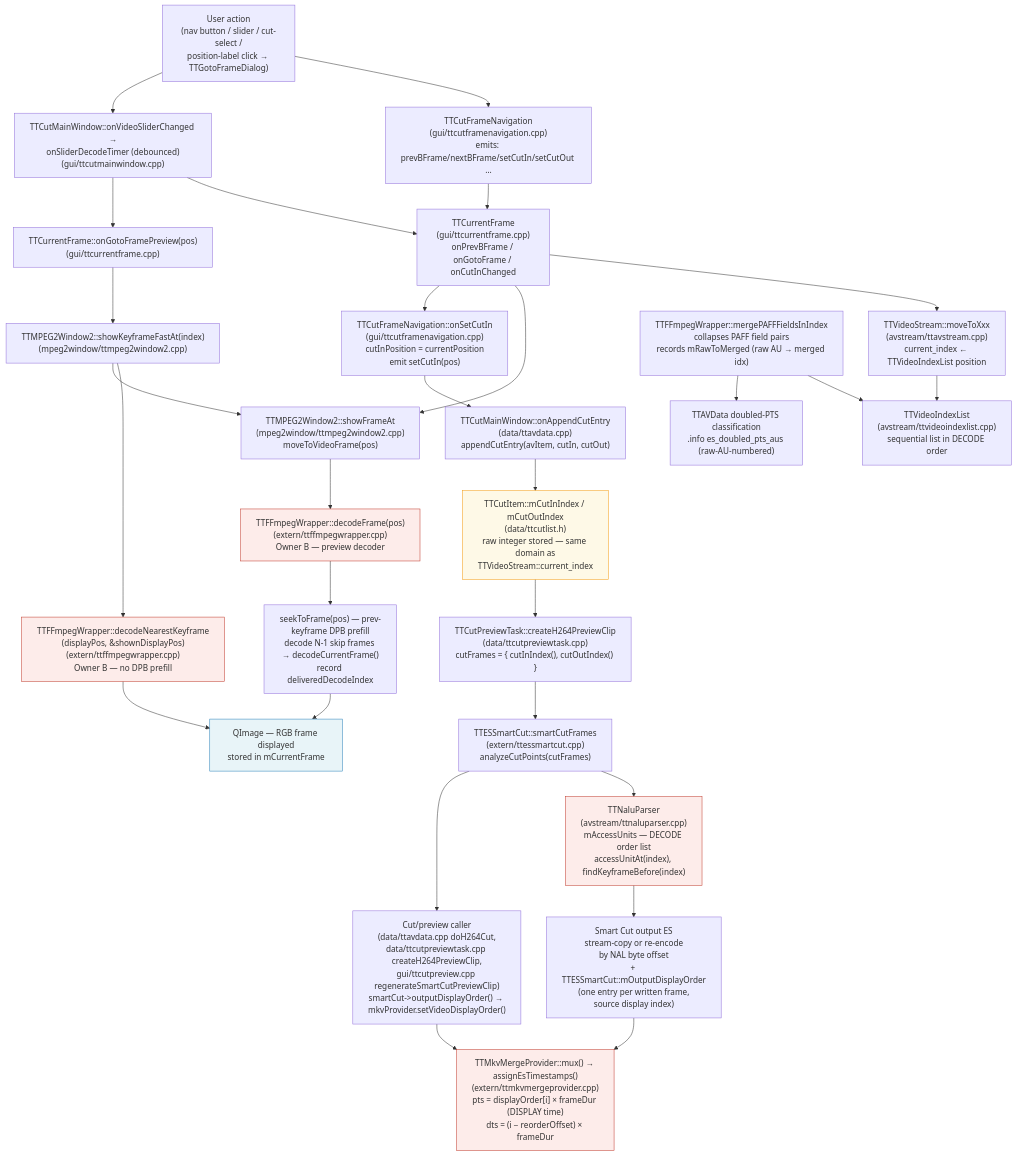
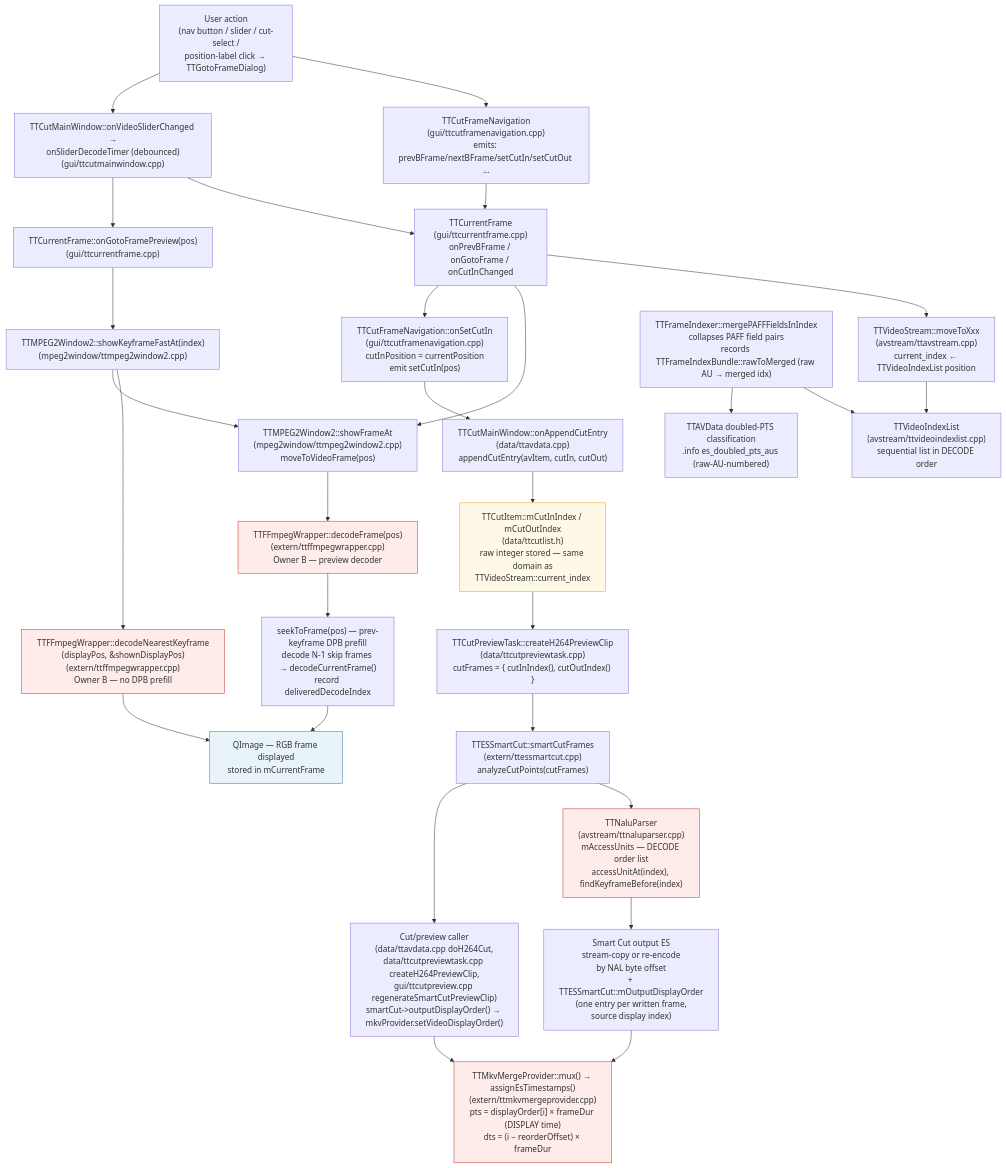
The diagram in docs/code-map/frame-order.md (MINIXJR/TTCut-ng), drawn with Mermaid before and after one commit. The commit also changed other lines of this file and 16 other files, not shown here.

````diff
--- a/docs/code-map/frame-order.md
+++ b/docs/code-map/frame-order.md
@@ -49,51 +50,51 @@
 ```mermaid
 flowchart TD
     A["User action<br/>(nav button / slider / cut-select /<br/>position-label click → TTGotoFrameDialog)"]
     B["TTCutFrameNavigation<br/>(gui/ttcutframenavigation.cpp)<br/>emits: prevBFrame/nextBFrame/setCutIn/setCutOut …"]
     C["TTCurrentFrame<br/>(gui/ttcurrentframe.cpp)<br/>onPrevBFrame / onGotoFrame / onCutInChanged"]
     D["TTVideoStream::moveToXxx<br/>(avstream/ttavstream.cpp)<br/>current_index ← TTVideoIndexList position"]
     E["TTVideoIndexList<br/>(avstream/ttvideoindexlist.cpp)<br/>sequential list in DECODE order"]
     F["TTMPEG2Window2::showFrameAt<br/>(mpeg2window/ttmpeg2window2.cpp)<br/>moveToVideoFrame(pos)"]
     G["TTFFmpegWrapper::decodeFrame(pos)<br/>(extern/ttffmpegwrapper.cpp)<br/>Owner B — preview decoder"]
     H["seekToFrame(pos) — prev-keyframe DPB prefill<br/>decode N-1 skip frames → decodeCurrentFrame()<br/>record deliveredDecodeIndex"]
     I["QImage — RGB frame displayed<br/>stored in mCurrentFrame"]
     SL["TTCutMainWindow::onVideoSliderChanged →<br/>onSliderDecodeTimer (debounced)<br/>(gui/ttcutmainwindow.cpp)"]
     GP["TTCurrentFrame::onGotoFramePreview(pos)<br/>(gui/ttcurrentframe.cpp)"]
     KF["TTMPEG2Window2::showKeyframeFastAt(index)<br/>(mpeg2window/ttmpeg2window2.cpp)"]
     NK["TTFFmpegWrapper::decodeNearestKeyframe<br/>(displayPos, &amp;shownDisplayPos)<br/>(extern/ttffmpegwrapper.cpp)<br/>Owner B — no DPB prefill"]
     J["TTCutFrameNavigation::onSetCutIn<br/>(gui/ttcutframenavigation.cpp)<br/>cutInPosition = currentPosition<br/>emit setCutIn(pos)"]
     K["TTCutMainWindow::onAppendCutEntry<br/>(data/ttavdata.cpp)<br/>appendCutEntry(avItem, cutIn, cutOut)"]
     L["TTCutItem::mCutInIndex / mCutOutIndex<br/>(data/ttcutlist.h)<br/>raw integer stored — same domain as<br/>TTVideoStream::current_index"]
     M["TTCutPreviewTask::createH264PreviewClip<br/>(data/ttcutpreviewtask.cpp)<br/>cutFrames = { cutInIndex(), cutOutIndex() }"]
     N["TTESSmartCut::smartCutFrames<br/>(extern/ttessmartcut.cpp)<br/>analyzeCutPoints(cutFrames)"]
     O["TTNaluParser<br/>(avstream/ttnaluparser.cpp)<br/>mAccessUnits — DECODE order list<br/>accessUnitAt(index), findKeyframeBefore(index)"]
     P["Smart Cut output ES<br/>stream-copy or re-encode<br/>by NAL byte offset<br/>+ TTESSmartCut::mOutputDisplayOrder<br/>(one entry per written frame,<br/>source display index)"]
     Q["Cut/preview caller<br/>(data/ttavdata.cpp doH264Cut,<br/>data/ttcutpreviewtask.cpp createH264PreviewClip,<br/>gui/ttcutpreview.cpp regenerateSmartCutPreviewClip)<br/>smartCut->outputDisplayOrder() → mkvProvider.setVideoDisplayOrder()"]
     R["TTMkvMergeProvider::mux() → assignEsTimestamps()<br/>(extern/ttmkvmergeprovider.cpp)<br/>pts = displayOrder[i] × frameDur (DISPLAY time)<br/>dts = (i − reorderOffset) × frameDur"]
 
-    MRG["TTFFmpegWrapper::mergePAFFFieldsInIndex<br/>collapses PAFF field pairs<br/>records mRawToMerged (raw AU → merged idx)"]
+    MRG["TTFrameIndexer::mergePAFFFieldsInIndex<br/>collapses PAFF field pairs<br/>records TTFrameIndexBundle::rawToMerged (raw AU → merged idx)"]
     DPC["TTAVData doubled-PTS classification<br/>.info es_doubled_pts_aus (raw-AU-numbered)"]
 
     A --> B --> C
     C --> D --> E
     MRG --> E
     MRG --> DPC
     C --> F
     F --> G --> H --> I
     C --> J --> K --> L
     L --> M --> N --> O --> P
     N --> Q --> R
     P --> R
     A --> SL
     SL --> C
     SL --> GP --> KF
     KF --> NK --> I
     KF --> F
 
     style I fill:#e8f4f8,stroke:#2980b9
     style L fill:#fef9e7,stroke:#f39c12
     style G fill:#fdecea,stroke:#c0392b
     style O fill:#fdecea,stroke:#c0392b
     style R fill:#fdecea,stroke:#c0392b
     style NK fill:#fdecea,stroke:#c0392b
 ```
````
